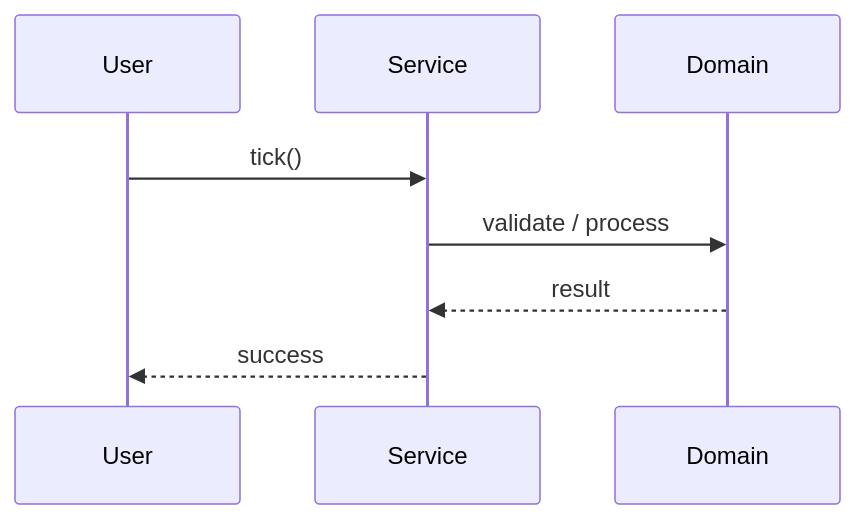
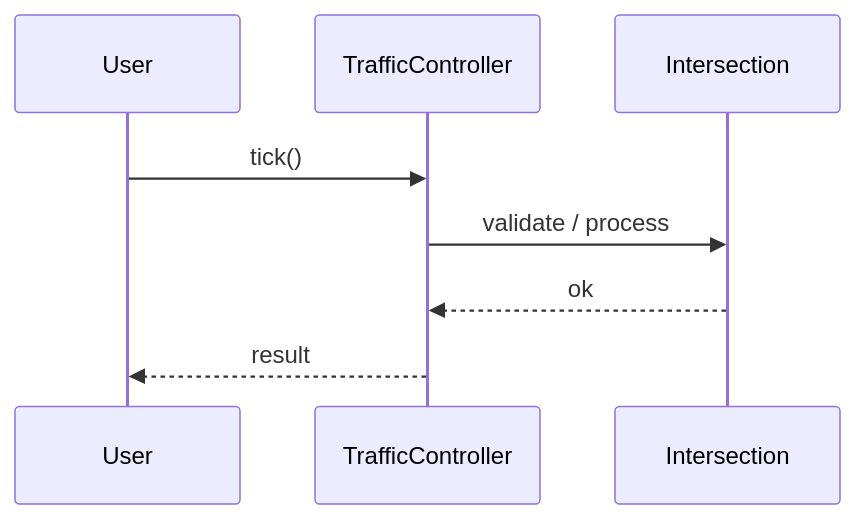
The second of 3 diagrams in Learn/System Design - Low Level Design/02-classic-ood/questions/Q39-traffic-light.md (madhupaila/Interview-Prep-SSE), drawn with Mermaid before and after one commit. The commit also changed other lines of this file and 491 other files, not shown here.

````diff
--- a/Learn/System Design - Low Level Design/02-classic-ood/questions/Q39-traffic-light.md
+++ b/Learn/System Design - Low Level Design/02-classic-ood/questions/Q39-traffic-light.md
@@ -121,10 +148,10 @@
 ```mermaid
 sequenceDiagram
-    participant U as User
-    participant S as Service
-    participant D as Domain
-    U->>S: tick()
-    S->>D: validate / process
-    D-->>S: result
-    S-->>U: success
+participant U as User
+participant S as TrafficController
+participant D as Intersection
+U->>S: tick()
+S->>D: validate / process
+D-->>S: ok
+S-->>U: result
 ```
````
